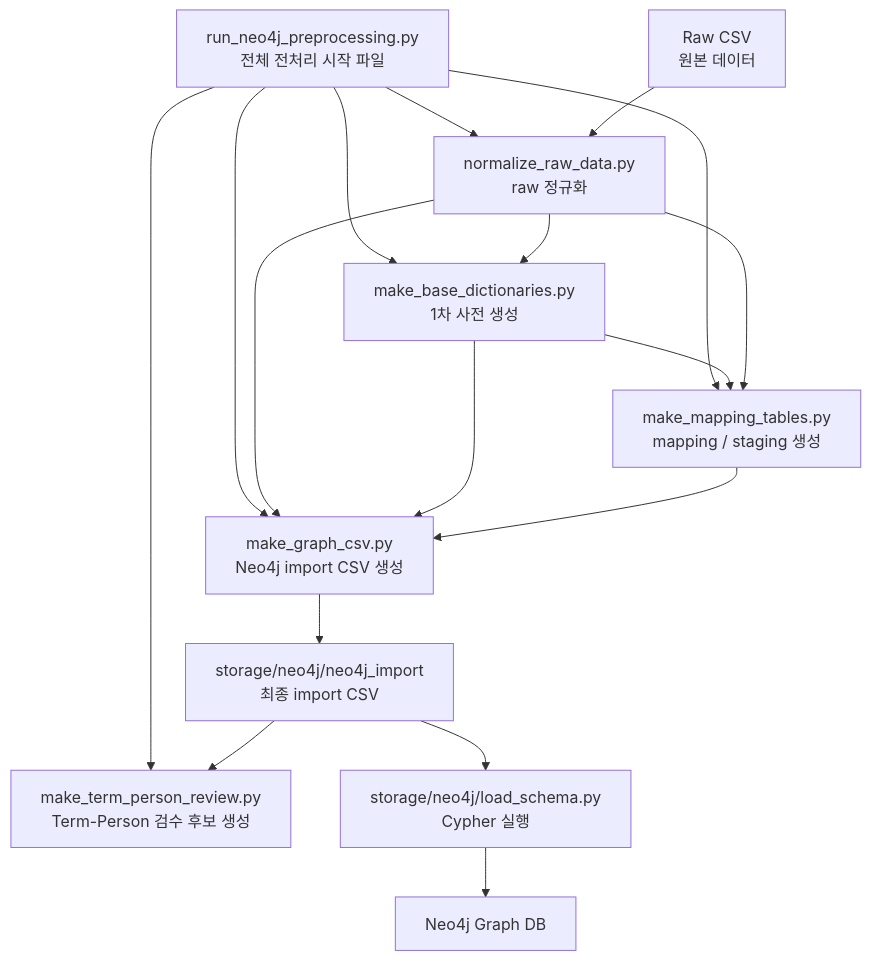
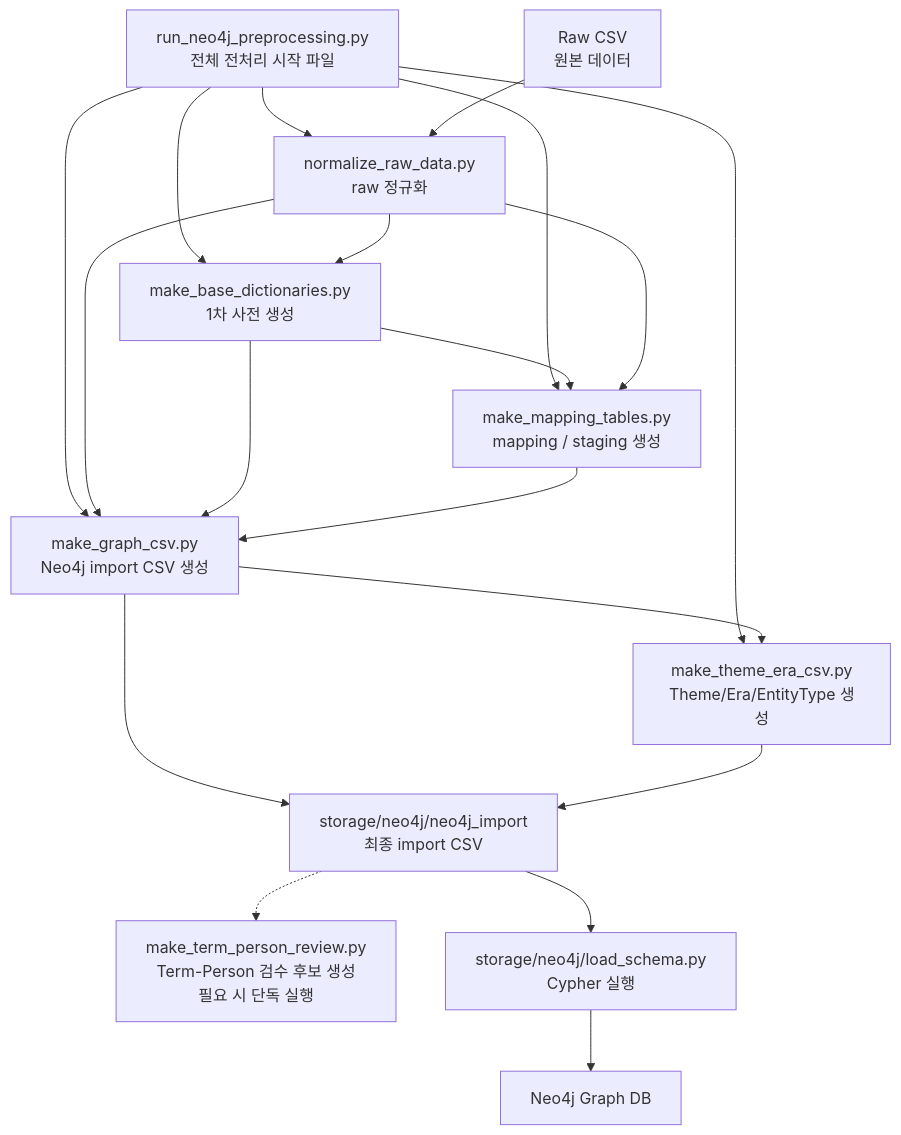
One commit to SKNETWORKS-FAMILY-AICAMP/SKN27-FINAL-2Team changed the first of 20 diagrams in docs/neo4j/neo4j_implementation_mermaid_flow.md. Above: the diagram before and after it, drawn with Mermaid. The commit also changed other lines of this file and 7 other files, not shown here.

````diff
--- a/docs/neo4j/neo4j_implementation_mermaid_flow.md
+++ b/docs/neo4j/neo4j_implementation_mermaid_flow.md
@@ -24,32 +24,35 @@
 ```mermaid
 flowchart TB
     runner["run_neo4j_preprocessing.py<br/>전체 전처리 시작 파일"]
 
     raw["Raw CSV<br/>원본 데이터"]
     normalize["normalize_raw_data.py<br/>raw 정규화"]
     base_dict["make_base_dictionaries.py<br/>1차 사전 생성"]
     mapping["make_mapping_tables.py<br/>mapping / staging 생성"]
     graph_csv["make_graph_csv.py<br/>Neo4j import CSV 생성"]
-    term_person_review["make_term_person_review.py<br/>Term-Person 검수 후보 생성"]
+    theme_era["make_theme_era_csv.py<br/>Theme/Era/EntityType 생성"]
+    term_person_review["make_term_person_review.py<br/>Term-Person 검수 후보 생성<br/>필요 시 단독 실행"]
     import_dir["storage/neo4j/neo4j_import<br/>최종 import CSV"]
     schema_runner["storage/neo4j/load_schema.py<br/>Cypher 실행"]
     neo4j["Neo4j Graph DB"]
 
     runner --> normalize
     runner --> base_dict
     runner --> mapping
     runner --> graph_csv
-    runner --> term_person_review
+    runner --> theme_era
 
     raw --> normalize
     normalize --> base_dict
     base_dict --> mapping
     normalize --> mapping
     normalize --> graph_csv
     base_dict --> graph_csv
     mapping --> graph_csv
     graph_csv --> import_dir
-    import_dir --> term_person_review
+    graph_csv --> theme_era
+    theme_era --> import_dir
+    import_dir -.-> term_person_review
     import_dir --> schema_runner
     schema_runner --> neo4j
 ```
````
